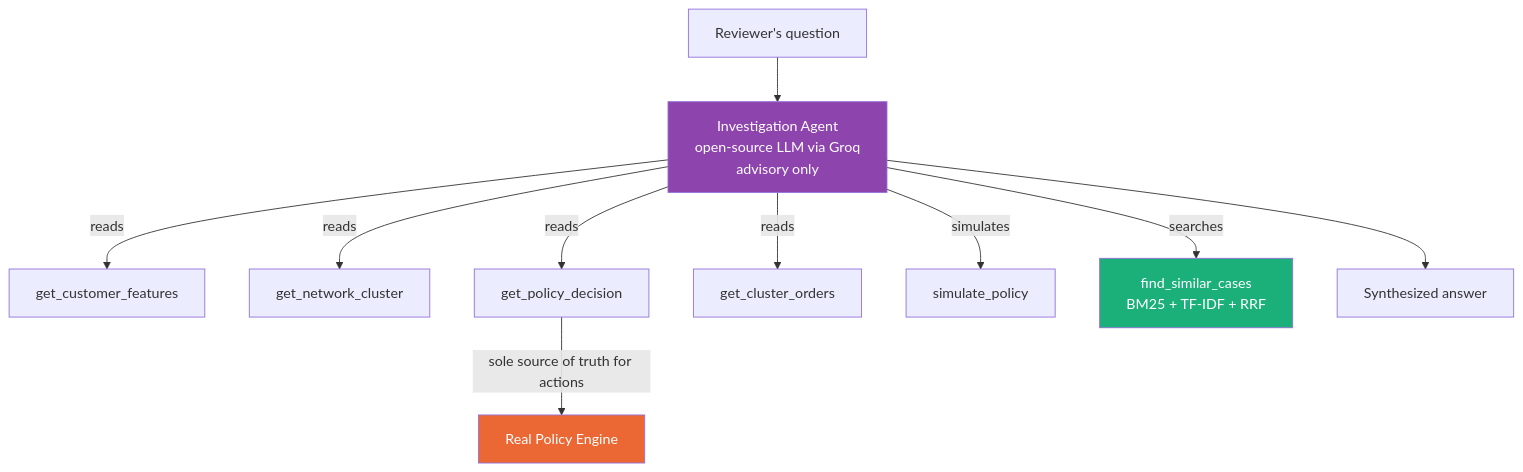
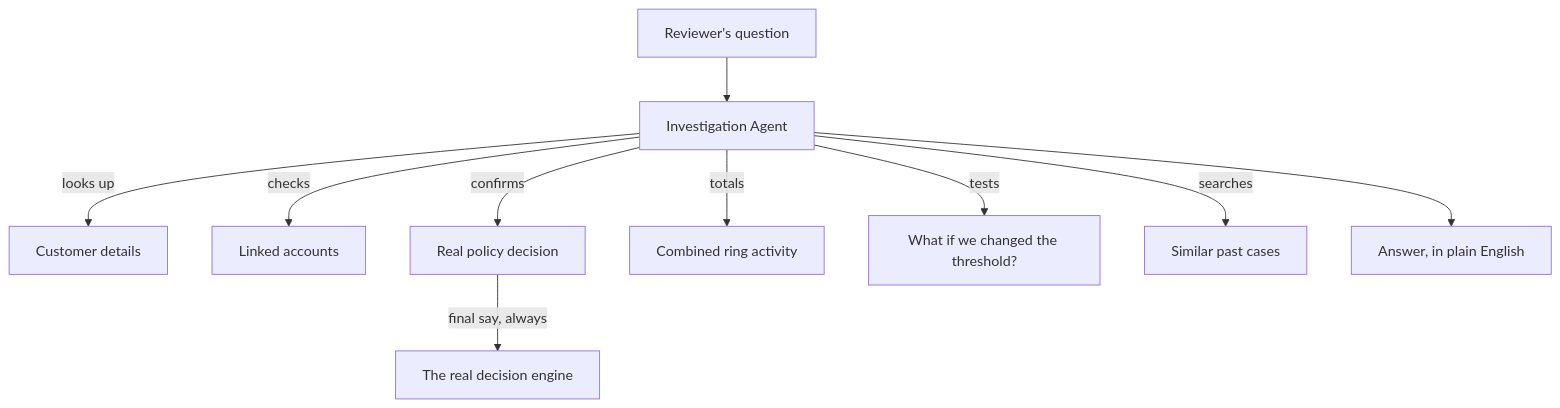
One commit to monsieurupanshu/pinchai-resale-guard changed the first of 2 diagrams in README.md. Above: the diagram before and after it, drawn with Mermaid. The commit also changed other lines of this file, not shown here.

````diff
--- a/README.md
+++ b/README.md
@@ -174,18 +126,12 @@
 ```mermaid
 flowchart TD
-    Q[Reviewer's question] --> AGENT[Investigation Agent<br/>open-source LLM via Groq<br/>advisory only]
-
-    AGENT -->|reads| T1[get_customer_features]
-    AGENT -->|reads| T2[get_network_cluster]
-    AGENT -->|reads| T3[get_policy_decision]
-    AGENT -->|reads| T4[get_cluster_orders]
-    AGENT -->|simulates| T5[simulate_policy]
-    AGENT -->|searches| T6[find_similar_cases<br/>BM25 + TF-IDF + RRF]
-
-    T3 -->|sole source of truth for actions| POLICY[Real Policy Engine]
-    AGENT --> ANSWER[Synthesized answer]
-
-    style AGENT fill:#8e44ad,color:#fff
-    style POLICY fill:#eb6834,color:#fff
-    style T6 fill:#1baf7a,color:#fff
+    Q[Reviewer's question] --> AGENT[Investigation Agent]
+    AGENT -->|looks up| T1[Customer details]
+    AGENT -->|checks| T2[Linked accounts]
+    AGENT -->|confirms| T3[Real policy decision]
+    AGENT -->|totals| T4[Combined ring activity]
+    AGENT -->|tests| T5["What if we changed the threshold?"]
+    AGENT -->|searches| T6[Similar past cases]
+    T3 -->|final say, always| POLICY[The real decision engine]
+    AGENT --> ANSWER[Answer, in plain English]
 ```
````
